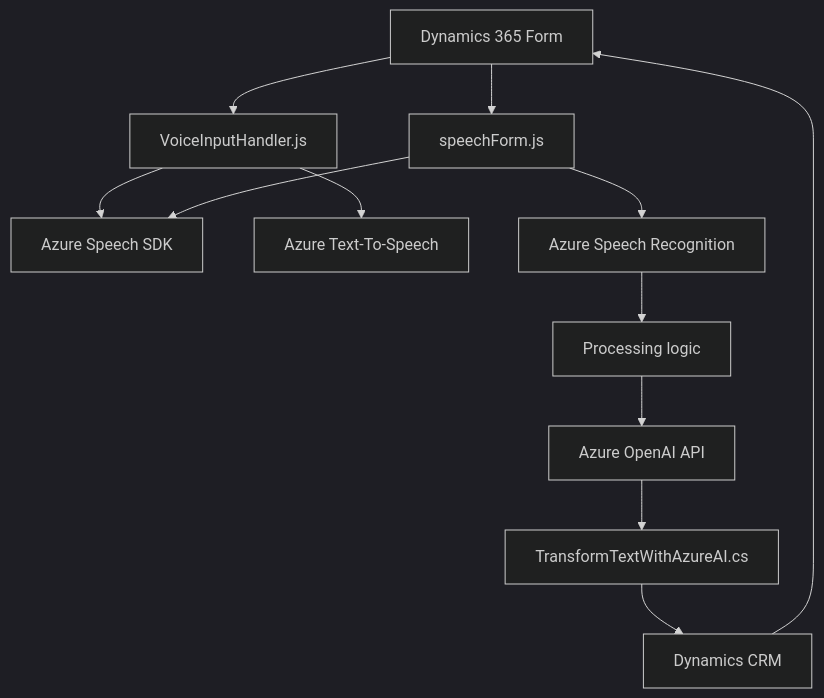
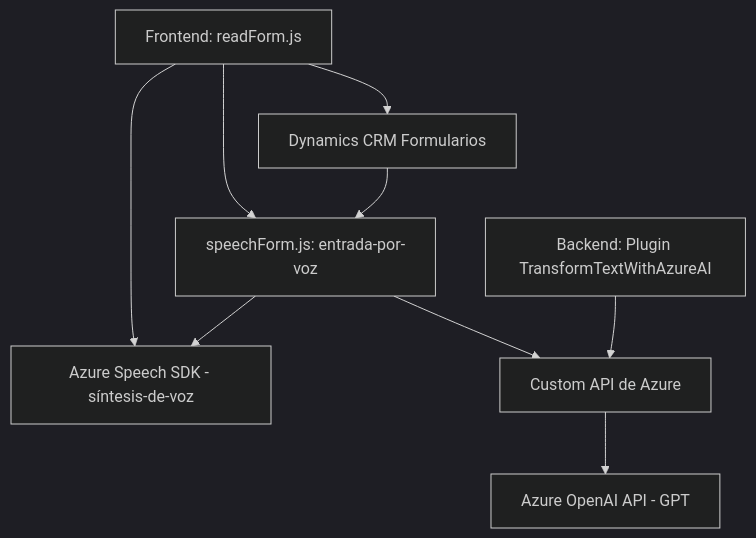
One commit to blopezdm/NETCORE_BILBAO2025 changed the diagram in README.md. Above: the diagram before and after it, drawn with Mermaid (dark theme). The commit also changed other lines of this file, not shown here.

````diff
--- a/README.md
+++ b/README.md
@@ -64,14 +52,12 @@
 ```mermaid
 graph TD
-    A["Dynamics 365 Form"] --> B["VoiceInputHandler.js"]
-    A --> C["speechForm.js"]
-    B --> D["Azure Speech SDK"]
+    A["Frontend: readForm.js"] --> B["Azure Speech SDK - síntesis-de-voz"]
+    A --> C["Dynamics CRM Formularios"]
+    A --> D["speechForm.js: entrada-por-voz"]
+    D --> B
+    D --> E["Custom API de Azure"]
     C --> D
-    B --> E["Azure Text-To-Speech"]
-    C --> F["Azure Speech Recognition"]
-    F --> G["Processing logic"]
-    G --> H["Azure OpenAI API"]
-    H --> I["TransformTextWithAzureAI.cs"]
-    I --> J["Dynamics CRM"]
-    J --> A
+    
+    F["Backend: Plugin TransformTextWithAzureAI"] --> E
+    E --> G["Azure OpenAI API - GPT"]
 ```
````
